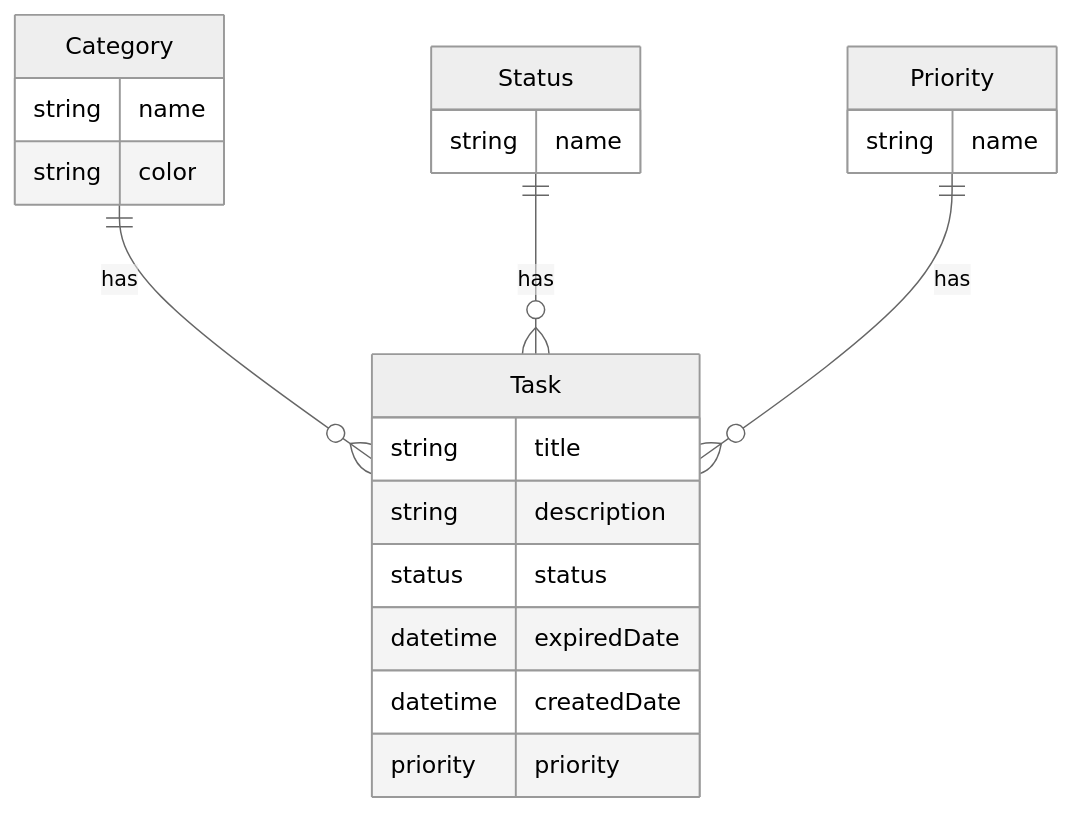
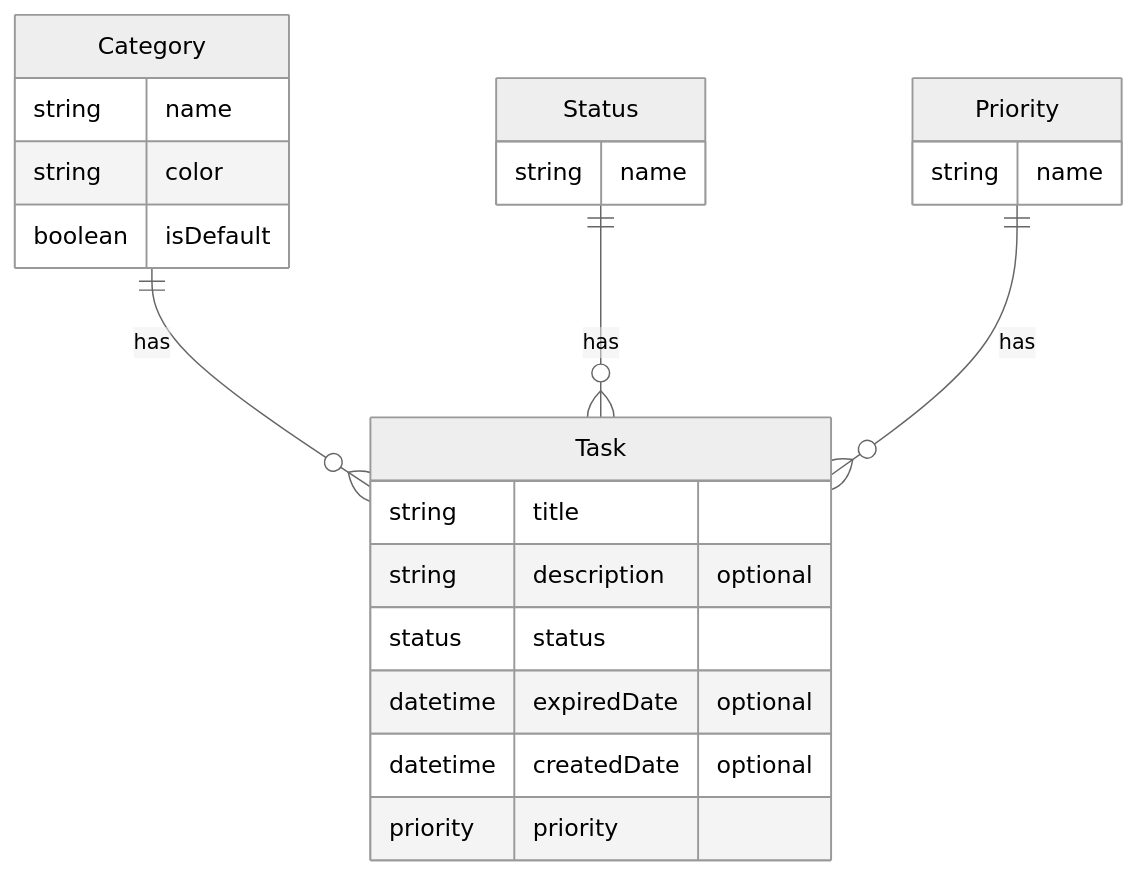
Before and after one commit to samechaaa/training: the diagram in doc/er.md, drawn with Mermaid (neutral theme).

Commit message:
タスクの項目にオプショナルを追記

````diff
--- a/doc/er.md
+++ b/doc/er.md
@@ -1,28 +1,29 @@
 ```mermaid
 erDiagram
     Task {
         string title
-        string description
+        string description "optional"
         status status
-        datetime expiredDate
-        datetime createdDate
+        datetime expiredDate "optional"
+        datetime createdDate "optional"
         priority priority
     }
 
     Category {
         string name
         string color
+        boolean isDefault
     }
 
     Status {
         string name
     }
 
     Priority {
         string name
     }
 
     Category 1 to zero or more Task : "has"
     Status 1 to zero or more Task : "has"
     Priority 1 to zero or more Task : "has"
 ```
````
